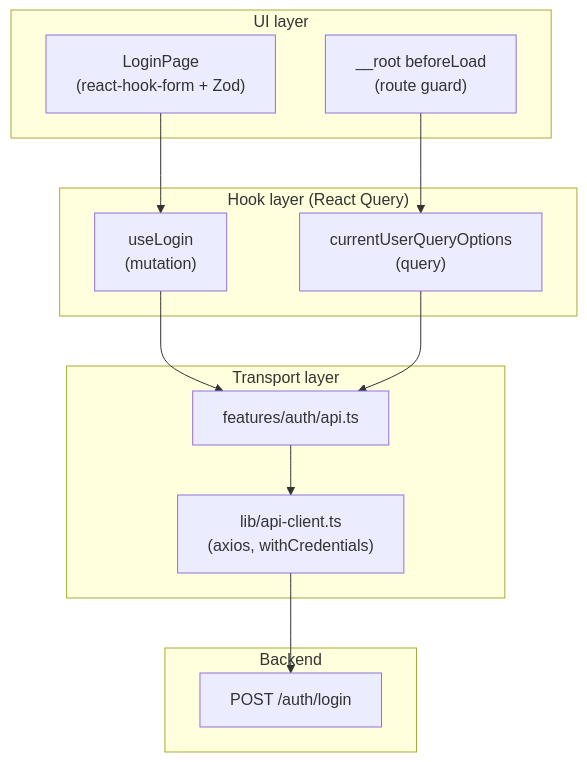
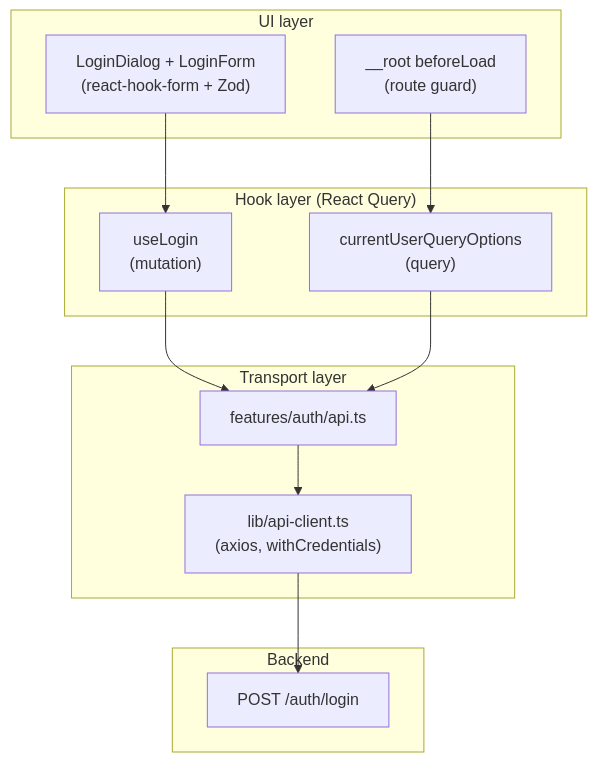
The second of 6 diagrams in frontend/docs/AUTH.md (roman-ua89/remindme), drawn with Mermaid before and after one commit. The commit also changed other lines of this file and 6 other files, not shown here.

````diff
--- a/frontend/docs/AUTH.md
+++ b/frontend/docs/AUTH.md
@@ -48,28 +48,28 @@
 ```mermaid
 flowchart TB
     subgraph UI["UI layer"]
-        LoginPage["LoginPage<br/>(react-hook-form + Zod)"]
+        LoginDialog["LoginDialog + LoginForm<br/>(react-hook-form + Zod)"]
         RootGuard["__root beforeLoad<br/>(route guard)"]
     end
 
     subgraph Hooks["Hook layer (React Query)"]
         useLogin["useLogin<br/>(mutation)"]
         currentUser["currentUserQueryOptions<br/>(query)"]
     end
 
     subgraph Transport["Transport layer"]
         api["features/auth/api.ts"]
         client["lib/api-client.ts<br/>(axios, withCredentials)"]
     end
 
     subgraph Backend["Backend"]
         routes["POST /auth/login"]
     end
 
-    LoginPage --> useLogin
+    LoginDialog --> useLogin
     RootGuard --> currentUser
     useLogin --> api
     currentUser --> api
     api --> client
     client --> routes
 ```
````
